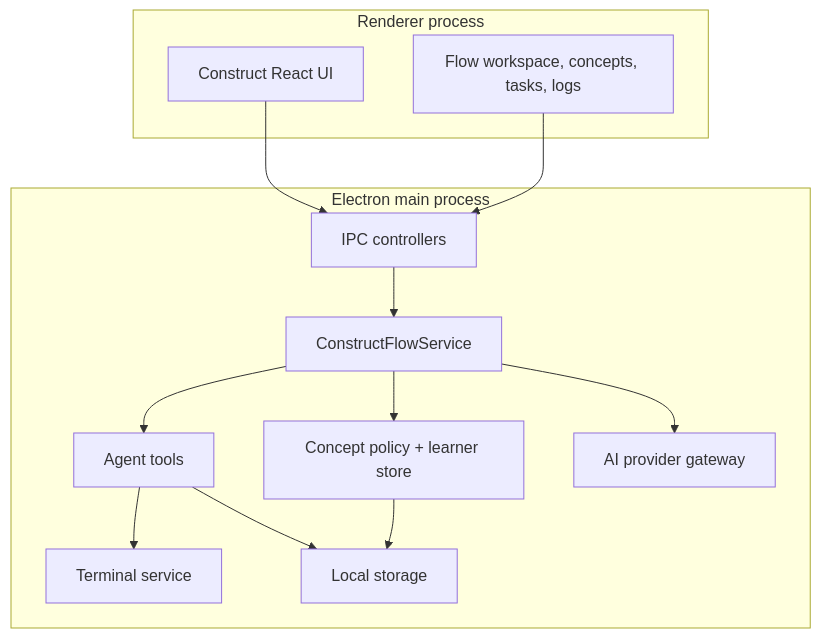
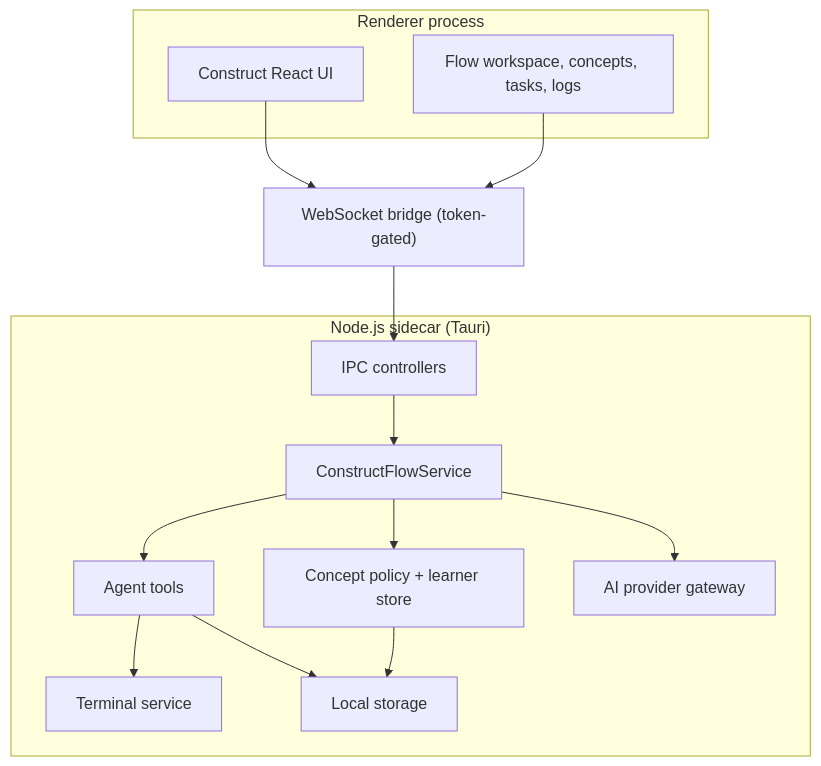
One commit to AbhinavMishra32/Construct-IDE changed the second of 2 diagrams in README.md. Above: the diagram before and after it, drawn with Mermaid. The commit also changed other lines of this file, not shown here.

First line of the commit message:
Update README for the Tauri architecture

````diff
--- a/README.md
+++ b/README.md
@@ -178,27 +184,28 @@
 ```mermaid
 flowchart TB
   subgraph Renderer["Renderer process"]
     UI["Construct React UI"]
     FlowUI["Flow workspace, concepts, tasks, logs"]
   end
 
-  subgraph Main["Electron main process"]
+  subgraph Main["Node.js sidecar (Tauri)"]
     IPC["IPC controllers"]
     Flow["ConstructFlowService"]
     Tools["Agent tools"]
     Learning["Concept policy + learner store"]
     Storage["Local storage"]
     Terminal["Terminal service"]
     Providers["AI provider gateway"]
   end
 
-  UI --> IPC
-  FlowUI --> IPC
+  UI --> Bridge["WebSocket bridge (token-gated)"]
+  FlowUI --> Bridge
+  Bridge --> IPC
   IPC --> Flow
   Flow --> Tools
   Flow --> Learning
   Flow --> Providers
   Tools --> Terminal
   Tools --> Storage
   Learning --> Storage
 ```
````
